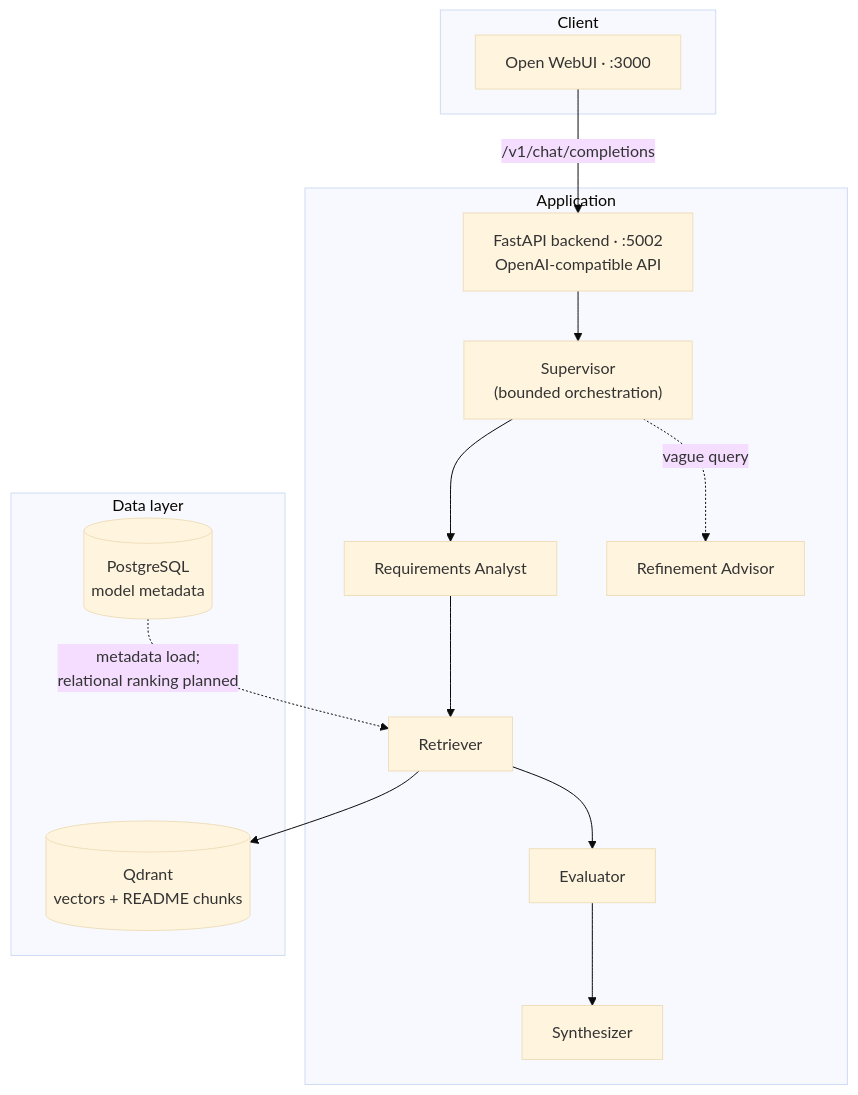
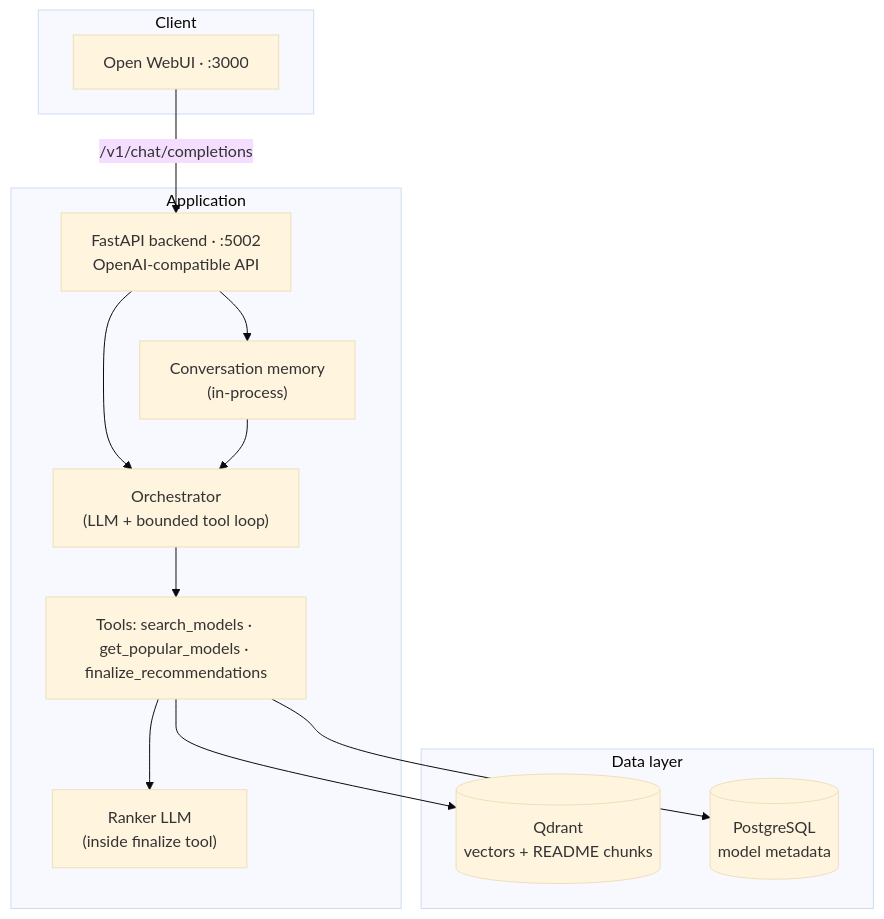
One commit to MatjazM2020/agentpick changed the diagram in README.md. Above: the diagram before and after it, drawn with Mermaid (base theme). The commit also changed other lines of this file and 39 other files, not shown here.

````diff
--- a/README.md
+++ b/README.md
@@ -48,28 +48,28 @@
 ```mermaid
 flowchart TB
   subgraph client [Client]
     UI["Open WebUI · :3000"]
   end
 
   subgraph app [Application]
     API["FastAPI backend · :5002<br/>OpenAI-compatible API"]
-    SUP["Supervisor<br/>(bounded orchestration)"]
-    RA["Requirements Analyst"]
-    RET["Retriever"]
-    EV["Evaluator"]
-    REF["Refinement Advisor"]
-    SYN["Synthesizer"]
+    MEM["Conversation memory<br/>(in-process)"]
+    ORCH["Orchestrator<br/>(LLM + bounded tool loop)"]
+    TOOLS["Tools: search_models · get_popular_models · finalize_recommendations"]
+    RK["Ranker LLM<br/>(inside finalize tool)"]
   end
 
   subgraph data [Data layer]
     QD[("Qdrant<br/>vectors + README chunks")]
     PG[("PostgreSQL<br/>model metadata")]
   end
 
   UI -->|"/v1/chat/completions"| API
-  API --> SUP
-  SUP --> RA --> RET --> EV --> SYN
-  SUP -.->|"vague query"| REF
-  RET --> QD
-  PG -.->|"metadata load;<br/>relational ranking planned"| RET
+  API --> MEM
+  API --> ORCH
+  ORCH --> TOOLS
+  TOOLS --> QD
+  TOOLS --> PG
+  TOOLS --> RK
+  MEM --> ORCH
 ```
````
